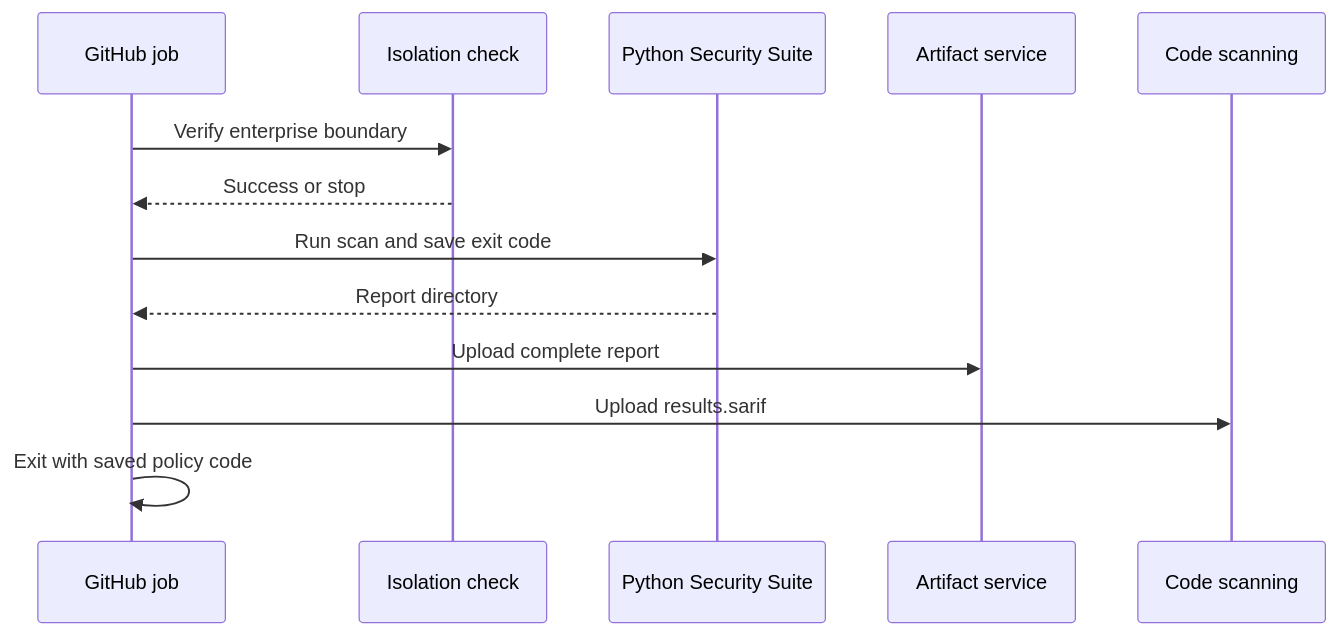
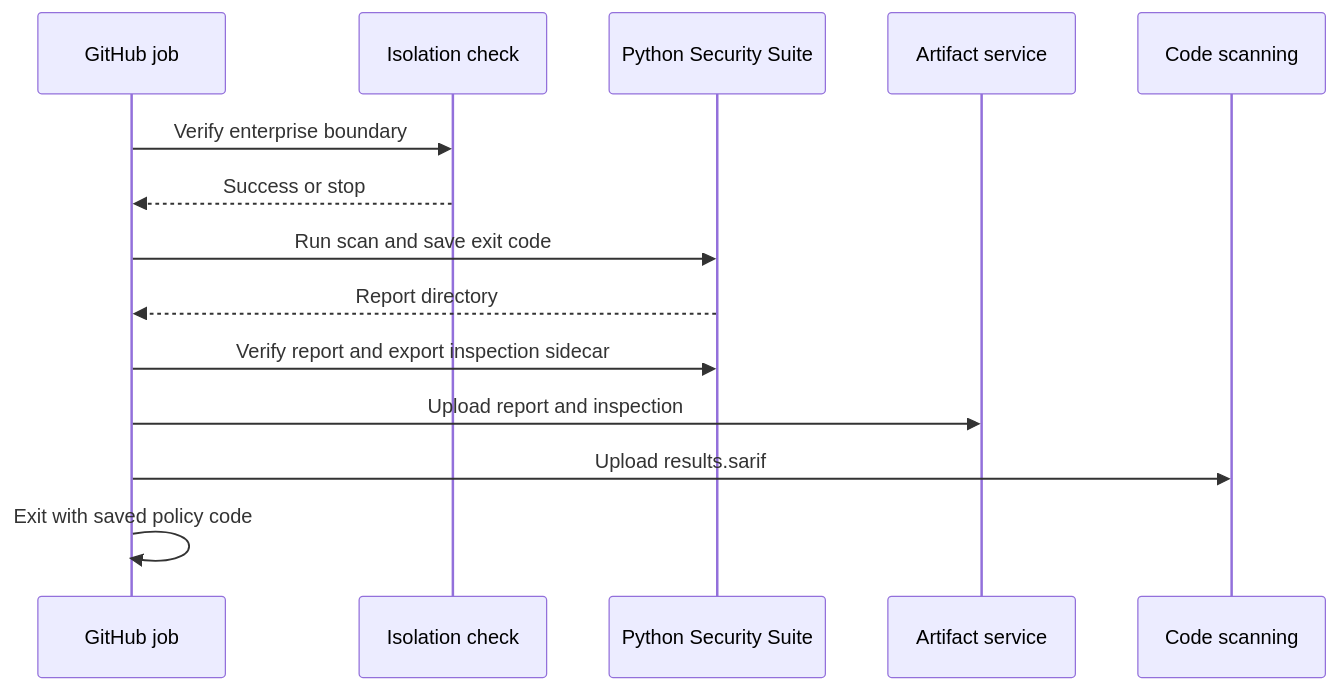
Before and after one commit to willtran87/project-py-security-suite: the second of 2 diagrams in docs/operations.md, drawn with Mermaid. The commit also changed other lines of this file and 9 other files, not shown here.

Commit message:
Safely export inspection artifacts

````diff
--- a/docs/operations.md
+++ b/docs/operations.md
@@ -351,16 +353,17 @@
 ```mermaid
 sequenceDiagram
     participant Job as GitHub job
     participant Guard as Isolation check
     participant Scan as Python Security Suite
     participant Artifact as Artifact service
     participant SARIF as Code scanning
 
     Job->>Guard: Verify enterprise boundary
     Guard-->>Job: Success or stop
     Job->>Scan: Run scan and save exit code
     Scan-->>Job: Report directory
-    Job->>Artifact: Upload complete report
+    Job->>Scan: Verify report and export inspection sidecar
+    Job->>Artifact: Upload report and inspection
     Job->>SARIF: Upload results.sarif
     Job->>Job: Exit with saved policy code
 ```
````
